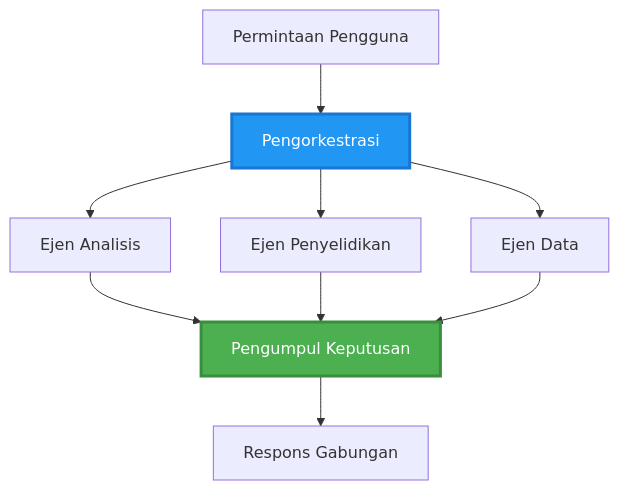
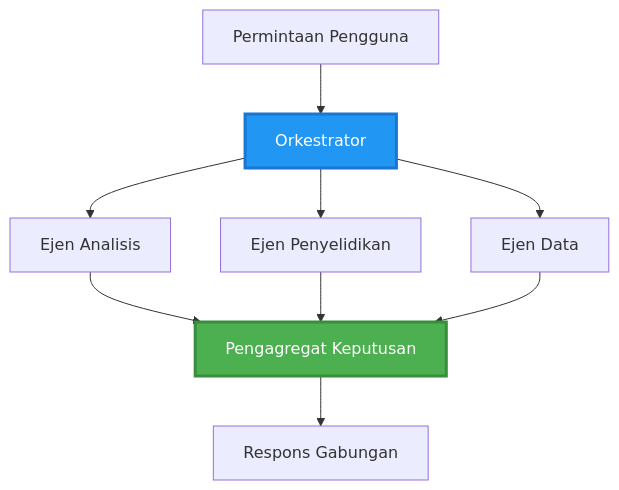
One commit to microsoft/AZD-for-beginners changed the second of 6 diagrams in translations/ms/docs/chapter-06-pre-deployment/coordination-patterns.md. Above: the diagram before and after it, drawn with Mermaid. The commit also changed other lines of this file and 101 other files, not shown here.

````diff
--- a/translations/ms/docs/chapter-06-pre-deployment/coordination-patterns.md
+++ b/translations/ms/docs/chapter-06-pre-deployment/coordination-patterns.md
@@ -106,22 +100,22 @@
 ```mermaid
 graph TB
     User[Permintaan Pengguna]
-    Orchestrator[Pengorkestrasi]
+    Orchestrator[Orkestrator]
     Agent1[Ejen Analisis]
     Agent2[Ejen Penyelidikan]
     Agent3[Ejen Data]
-    Aggregator[Pengumpul Keputusan]
+    Aggregator[Pengagregat Keputusan]
     Response[Respons Gabungan]
     
     User --> Orchestrator
     Orchestrator --> Agent1
     Orchestrator --> Agent2
     Orchestrator --> Agent3
     Agent1 --> Aggregator
     Agent2 --> Aggregator
     Agent3 --> Aggregator
     Aggregator --> Response
     
     style Orchestrator fill:#2196F3,stroke:#1976D2,stroke-width:3px,color:#fff
     style Aggregator fill:#4CAF50,stroke:#388E3C,stroke-width:3px,color:#fff
 ```
````
